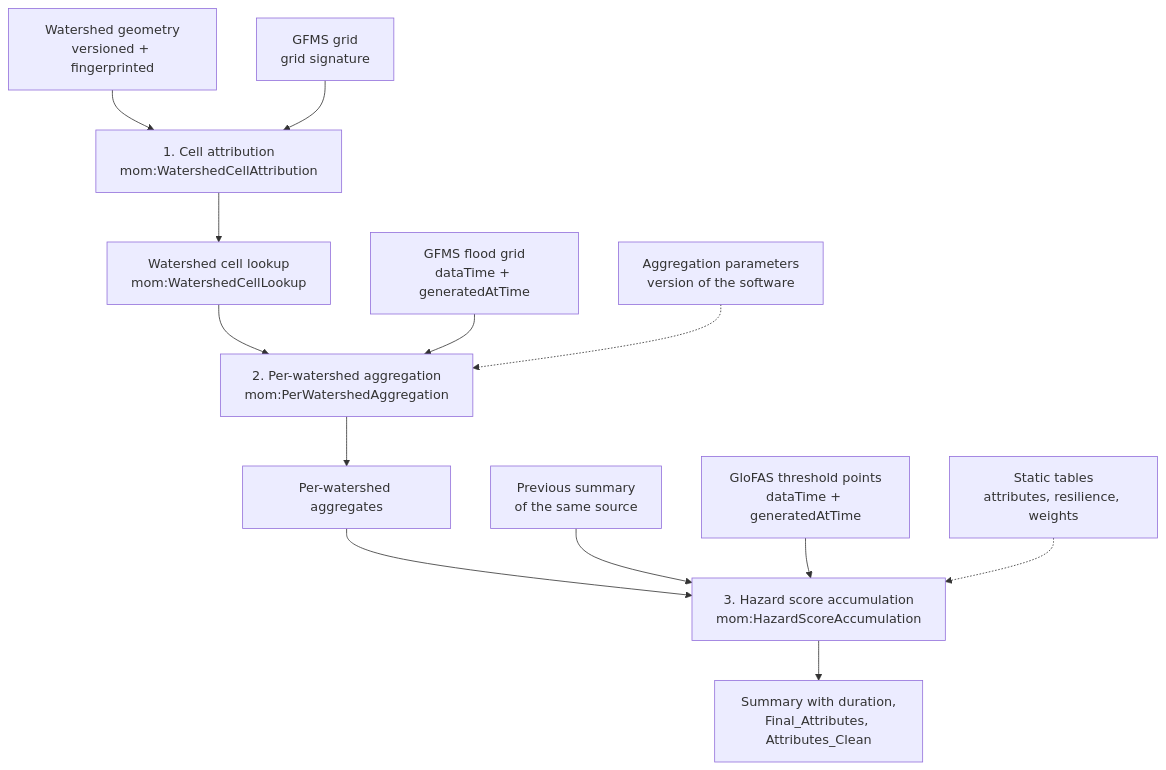
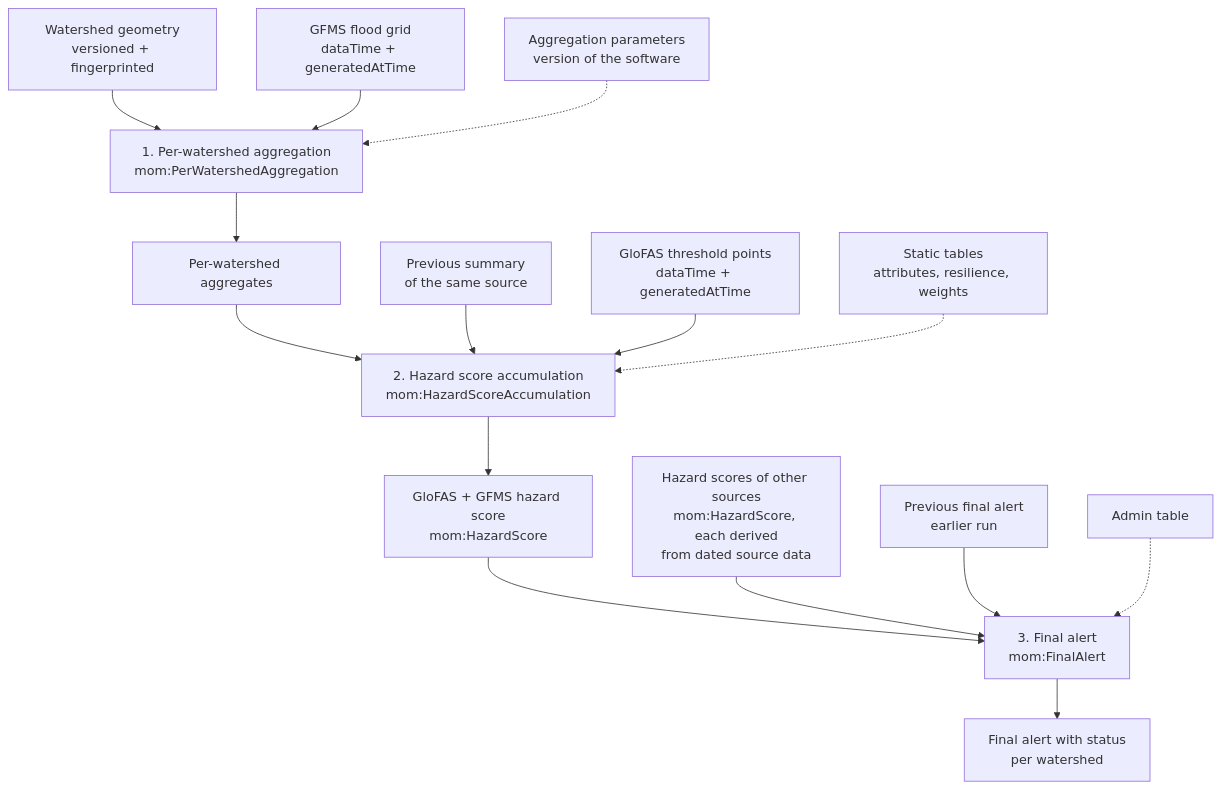
The first of 2 diagrams in docs/d001-rss-hydro-contribution.md (KatKatKateryna/ospd2026_bblocks-template), drawn with Mermaid before and after one commit. The commit also changed other lines of this file, not shown here.

Commit message:
D001: final alert activity replaces cell attribution

````diff
--- a/docs/d001-rss-hydro-contribution.md
+++ b/docs/d001-rss-hydro-contribution.md
@@ -93,15 +95,17 @@
 ```mermaid
 flowchart TD
-  WS["Watershed geometry<br/>versioned + fingerprinted"] --> CA
-  GRID["GFMS grid<br/>grid signature"] --> CA
-  CA["1. Cell attribution<br/>mom:WatershedCellAttribution"] --> LK["Watershed cell lookup<br/>mom:WatershedCellLookup"]
-  LK --> AGG
+  WS["Watershed geometry<br/>versioned + fingerprinted"] --> AGG
   GFMS["GFMS flood grid<br/>dataTime + generatedAtTime"] --> AGG
   PAR["Aggregation parameters<br/>version of the software"] -.-> AGG
-  AGG["2. Per-watershed aggregation<br/>mom:PerWatershedAggregation"] --> AGR["Per-watershed aggregates"]
+  AGG["1. Per-watershed aggregation<br/>mom:PerWatershedAggregation"] --> AGR["Per-watershed aggregates"]
   AGR --> HZ
   PREV["Previous summary<br/>of the same source"] --> HZ
   GLO["GloFAS threshold points<br/>dataTime + generatedAtTime"] --> HZ
   TBL["Static tables<br/>attributes, resilience, weights"] -.-> HZ
-  HZ["3. Hazard score accumulation<br/>mom:HazardScoreAccumulation"] --> OUT["Summary with duration,<br/>Final_Attributes, Attributes_Clean"]
+  HZ["2. Hazard score accumulation<br/>mom:HazardScoreAccumulation"] --> SC["GloFAS + GFMS hazard score<br/>mom:HazardScore"]
+  SC --> FA
+  OTH["Hazard scores of other sources<br/>mom:HazardScore, each derived<br/>from dated source data"] --> FA
+  PFA["Previous final alert<br/>earlier run"] --> FA
+  ADM["Admin table"] -.-> FA
+  FA["3. Final alert<br/>mom:FinalAlert"] --> OUT["Final alert with status<br/>per watershed"]
 ```
````
